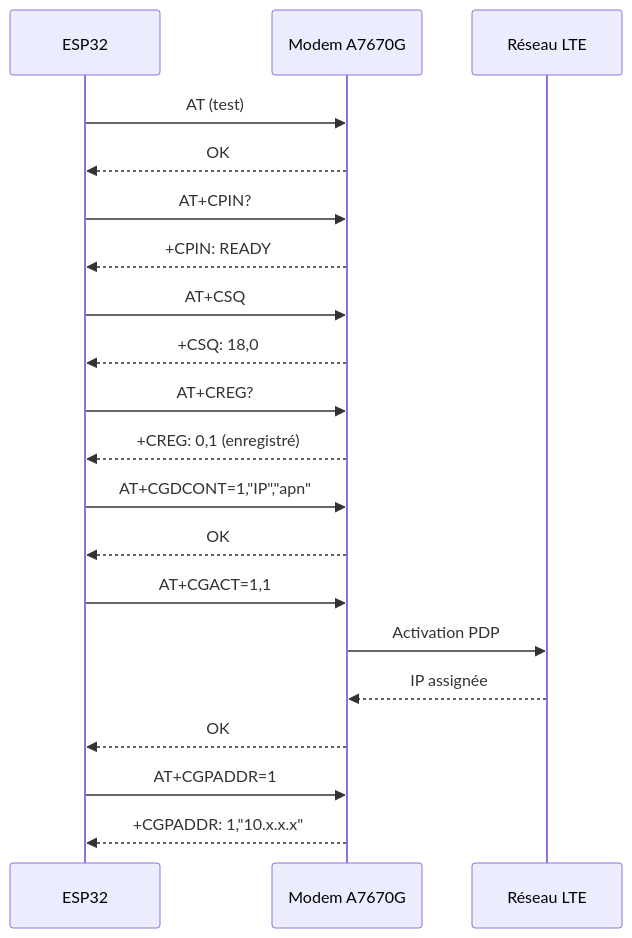
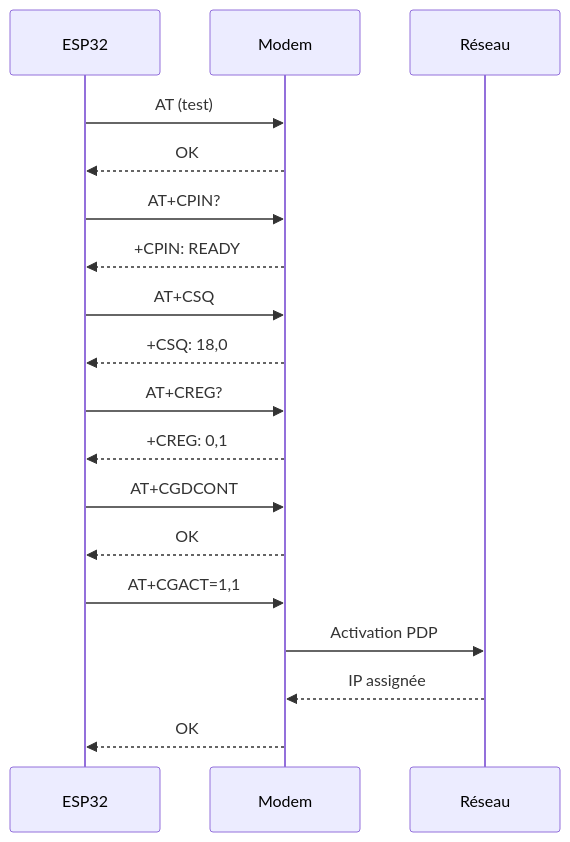
The fourth of 12 diagrams in theorie/Semaine-03/diaporama/slides.md (fpoisson2/243-4J5-LI), drawn with Mermaid before and after one commit. The commit also changed other lines of this file, not shown here.

First line of the commit message:
Amélioration slides LTE semaine 3

````diff
--- a/theorie/Semaine-03/diaporama/slides.md
+++ b/theorie/Semaine-03/diaporama/slides.md
@@ -461,29 +515,21 @@
-```mermaid {scale: 0.65}
+```mermaid {scale: 0.45}
 sequenceDiagram
     participant ESP as ESP32
-    participant MOD as Modem A7670G
-    participant NET as Réseau LTE
+    participant MOD as Modem
+    participant NET as Réseau
 
     ESP->>MOD: AT (test)
     MOD-->>ESP: OK
-
     ESP->>MOD: AT+CPIN?
     MOD-->>ESP: +CPIN: READY
-
     ESP->>MOD: AT+CSQ
     MOD-->>ESP: +CSQ: 18,0
-
     ESP->>MOD: AT+CREG?
-    MOD-->>ESP: +CREG: 0,1 (enregistré)
-
-    ESP->>MOD: AT+CGDCONT=1,"IP","apn"
+    MOD-->>ESP: +CREG: 0,1
+    ESP->>MOD: AT+CGDCONT
     MOD-->>ESP: OK
-
     ESP->>MOD: AT+CGACT=1,1
     MOD->>NET: Activation PDP
     NET-->>MOD: IP assignée
     MOD-->>ESP: OK
-
-    ESP->>MOD: AT+CGPADDR=1
-    MOD-->>ESP: +CGPADDR: 1,"10.x.x.x"
 ```
````
